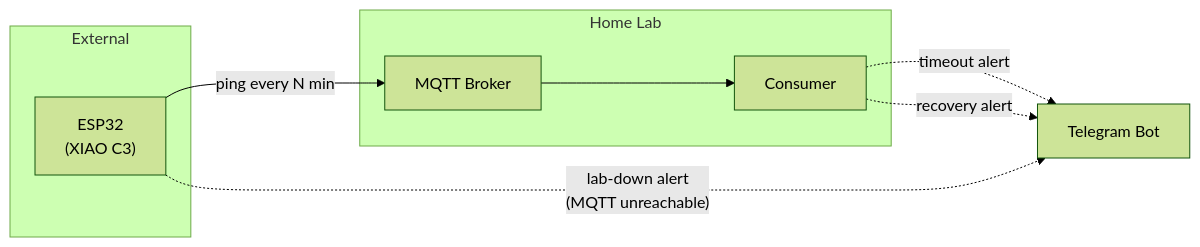
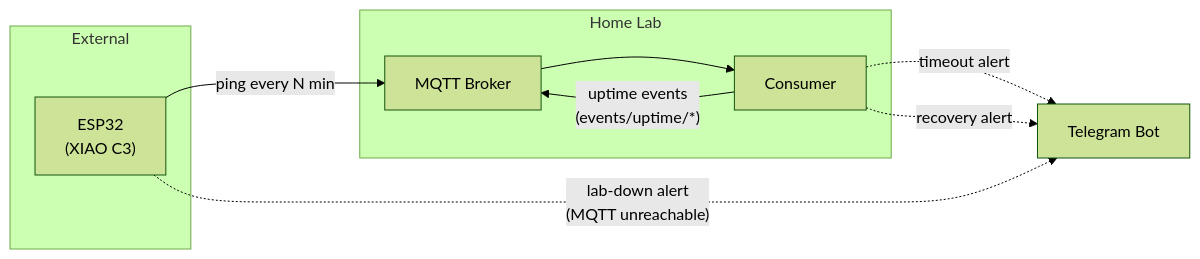
One commit to OscarCarPu/mutual-watchdog changed the first of 3 diagrams in docs/flow_state.md. Above: the diagram before and after it, drawn with Mermaid (forest theme). The commit also changed other lines of this file and 5 other files, not shown here.

First line of the commit message:
feat: publish derived uptime events to MQTT

````diff
--- a/docs/flow_state.md
+++ b/docs/flow_state.md
@@ -7,19 +7,20 @@
 ```mermaid
 graph LR
     subgraph external["External"]
         ESP32["ESP32\n(XIAO C3)"]
     end
 
     subgraph homelab["Home Lab"]
         MQTT["MQTT Broker"]
         Consumer["Consumer"]
     end
 
     Telegram["Telegram Bot"]
 
     ESP32 -- "ping every N min" --> MQTT
     MQTT --> Consumer
+    Consumer -- "uptime events\n(events/uptime/*)" --> MQTT
     Consumer -. "timeout alert" .-> Telegram 
     Consumer -. "recovery alert" .-> Telegram
     ESP32 -. "lab-down alert\n(MQTT unreachable)" .-> Telegram
 ```
````
